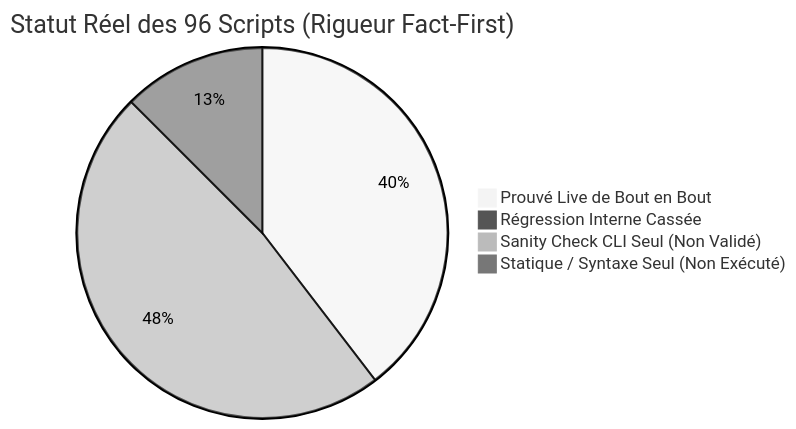
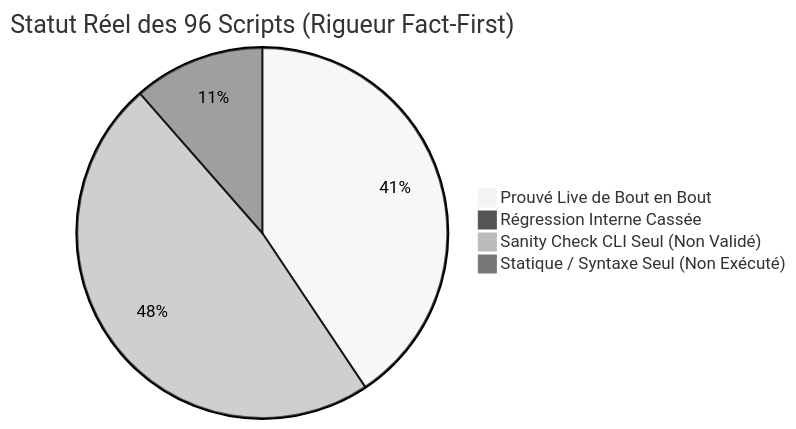
Before and after one commit to yoyonel/pydbsrt: the diagram in docs/reference/2026-11-10-audit-exhaustif-scripts-regressions.md, drawn with Mermaid (neutral theme). The commit also changed other lines of this file and 2 other files, not shown here.

````diff
--- a/docs/reference/2026-11-10-audit-exhaustif-scripts-regressions.md
+++ b/docs/reference/2026-11-10-audit-exhaustif-scripts-regressions.md
@@ -16,7 +16,7 @@
 ```mermaid
 pie title Statut Réel des 96 Scripts (Rigueur Fact-First)
-    "Prouvé Live de Bout en Bout" : 38
+    "Prouvé Live de Bout en Bout" : 39
     "Régression Interne Cassée" : 0
     "Sanity Check CLI Seul (Non Validé)" : 46
-    "Statique / Syntaxe Seul (Non Exécuté)" : 12
+    "Statique / Syntaxe Seul (Non Exécuté)" : 11
 ```
````
